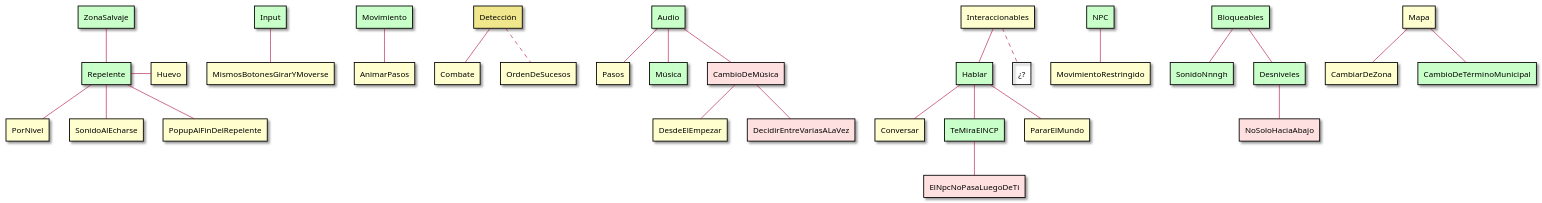
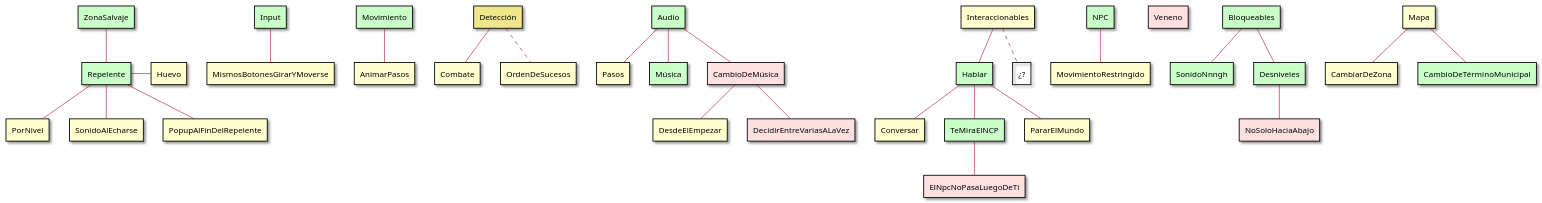
Before and after one commit to RicardoGuzmanVelasco/LearningPkmn: the diagram in Assets/Pkmn.Overworld/Docs~/Tree.puml, drawn with PlantUML.

Commit message:
docs: add poison

```diff
--- a/Assets/Pkmn.Overworld/Docs~/Tree.puml
+++ b/Assets/Pkmn.Overworld/Docs~/Tree.puml
@@ -1,79 +1,81 @@
 @startuml
 skin rose
 
 rectangle Input #technology
 rectangle MismosBotonesGirarYMoverse
 rectangle Movimiento #technology
 rectangle AnimarPasos
 rectangle Detección #khaki
 rectangle Combate
 rectangle OrdenDeSucesos
 rectangle Audio #technology
 rectangle Pasos
 rectangle Música #technology
 rectangle CambioDeMúsica #implementation
 rectangle DesdeElEmpezar
 rectangle DecidirEntreVariasALaVez #implementation
 
 rectangle Interaccionables
 rectangle Hablar #technology
 rectangle Conversar
 rectangle TeMiraElNCP #technology
 rectangle PararElMundo
 rectangle ElNpcNoPasaLuegoDeTi #implementation
 rectangle "¿?" as InteraccionablesFuturo #transparent
 
 rectangle ZonaSalvaje #technology
 rectangle Repelente #technology
 rectangle PorNivel
 rectangle SonidoAlEcharse
 rectangle Huevo
 rectangle PopupAlFinDelRepelente
 rectangle NPC #technology
 rectangle MovimientoRestringido 
+
+rectangle Veneno #implementation
 
 rectangle Bloqueables #technology
 rectangle SonidoNnngh #technology
 rectangle Desniveles #technology
 rectangle NoSoloHaciaAbajo #implementation
 
 rectangle Mapa 
 rectangle CambiarDeZona
 rectangle CambioDeTérminoMunicipal #technology
 
 Input -- MismosBotonesGirarYMoverse
 Movimiento -- AnimarPasos
 
 Detección -- Combate
 Detección .. OrdenDeSucesos
 
 Audio -- Pasos
 Audio -- Música
 Audio -- CambioDeMúsica
 CambioDeMúsica -- DesdeElEmpezar
 CambioDeMúsica -- DecidirEntreVariasALaVez
 
 Interaccionables -- Hablar
 Interaccionables .. InteraccionablesFuturo
 Hablar -- Conversar
 Hablar -- TeMiraElNCP
 Hablar -- PararElMundo
 TeMiraElNCP -- ElNpcNoPasaLuegoDeTi
 
 ZonaSalvaje -- Repelente
 Repelente -- PorNivel
 Repelente -- SonidoAlEcharse
 Repelente - Huevo
 Repelente -- PopupAlFinDelRepelente
 
 NPC -- MovimientoRestringido
 
 Bloqueables -- Desniveles
 Bloqueables -- SonidoNnngh
 Desniveles -- NoSoloHaciaAbajo
 
 Mapa -- CambiarDeZona
 Mapa -- CambioDeTérminoMunicipal
 
 
 @enduml
```
